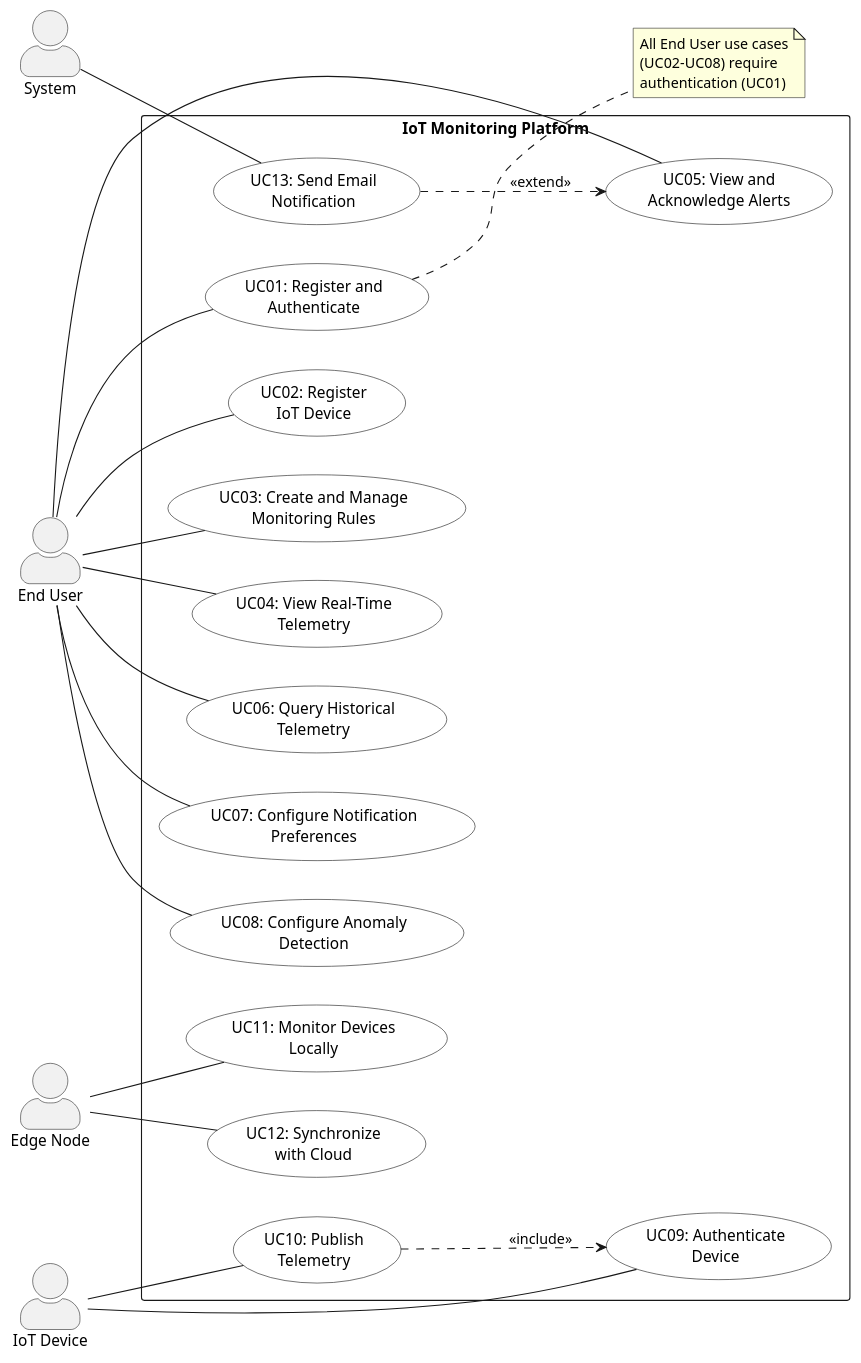
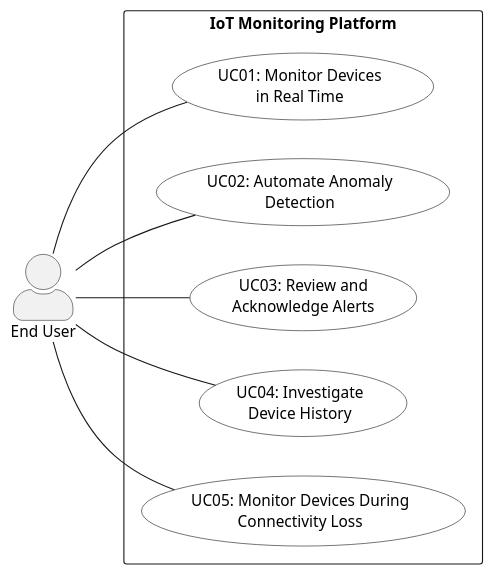
The diagram in Chapters/Figures/use-case-diagram.puml (mabatista99/Tese-Document), drawn with PlantUML before and after one commit. The commit also changed 54 other files, not shown here.

```diff
--- a/Chapters/Figures/use-case-diagram.puml
+++ b/Chapters/Figures/use-case-diagram.puml
@@ -1,59 +1,27 @@
 @startuml use-case-diagram
 
 left to right direction
 skinparam packageStyle rectangle
 skinparam actorStyle awesome
 skinparam usecase {
     BackgroundColor White
     BorderColor Black
 }
 
 actor "End User" as EU
-actor "IoT Device" as DEV
-actor "Edge Node" as EDGE
-actor "System" as SYS
 
 rectangle "IoT Monitoring Platform" {
-    (UC01: Register and\nAuthenticate) as UC01
-    (UC02: Register\nIoT Device) as UC02
-    (UC03: Create and Manage\nMonitoring Rules) as UC03
-    (UC04: View Real-Time\nTelemetry) as UC04
-    (UC05: View and\nAcknowledge Alerts) as UC05
-    (UC06: Query Historical\nTelemetry) as UC06
-    (UC07: Configure Notification\nPreferences) as UC07
-    (UC08: Configure Anomaly\nDetection) as UC08
-    (UC09: Authenticate\nDevice) as UC09
-    (UC10: Publish\nTelemetry) as UC10
-    (UC11: Monitor Devices\nLocally) as UC11
-    (UC12: Synchronize\nwith Cloud) as UC12
-    (UC13: Send Email\nNotification) as UC13
+    (UC01: Monitor Devices\nin Real Time) as UC01
+    (UC02: Automate Anomaly\nDetection) as UC02
+    (UC03: Review and\nAcknowledge Alerts) as UC03
+    (UC04: Investigate\nDevice History) as UC04
+    (UC05: Monitor Devices During\nConnectivity Loss) as UC05
 }
 
 EU -- UC01
 EU -- UC02
 EU -- UC03
 EU -- UC04
 EU -- UC05
-EU -- UC06
-EU -- UC07
-EU -- UC08
-
-DEV -- UC09
-DEV -- UC10
-
-EDGE -- UC11
-EDGE -- UC12
-
-SYS -- UC13
-
-UC10 ..> UC09 : <<include>>
-
-note right of UC01
-    All End User use cases
-    (UC02-UC08) require
-    authentication (UC01)
-end note
-
-UC13 ..> UC05 : <<extend>>
 
 @enduml
```
